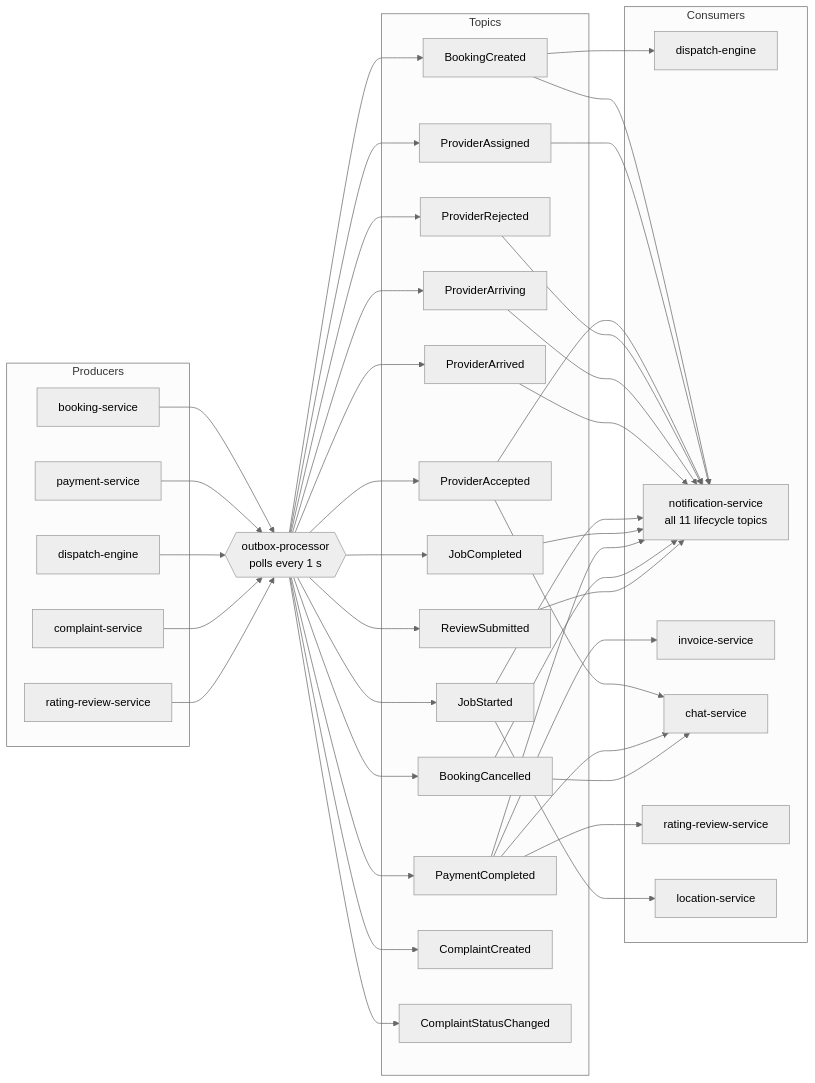
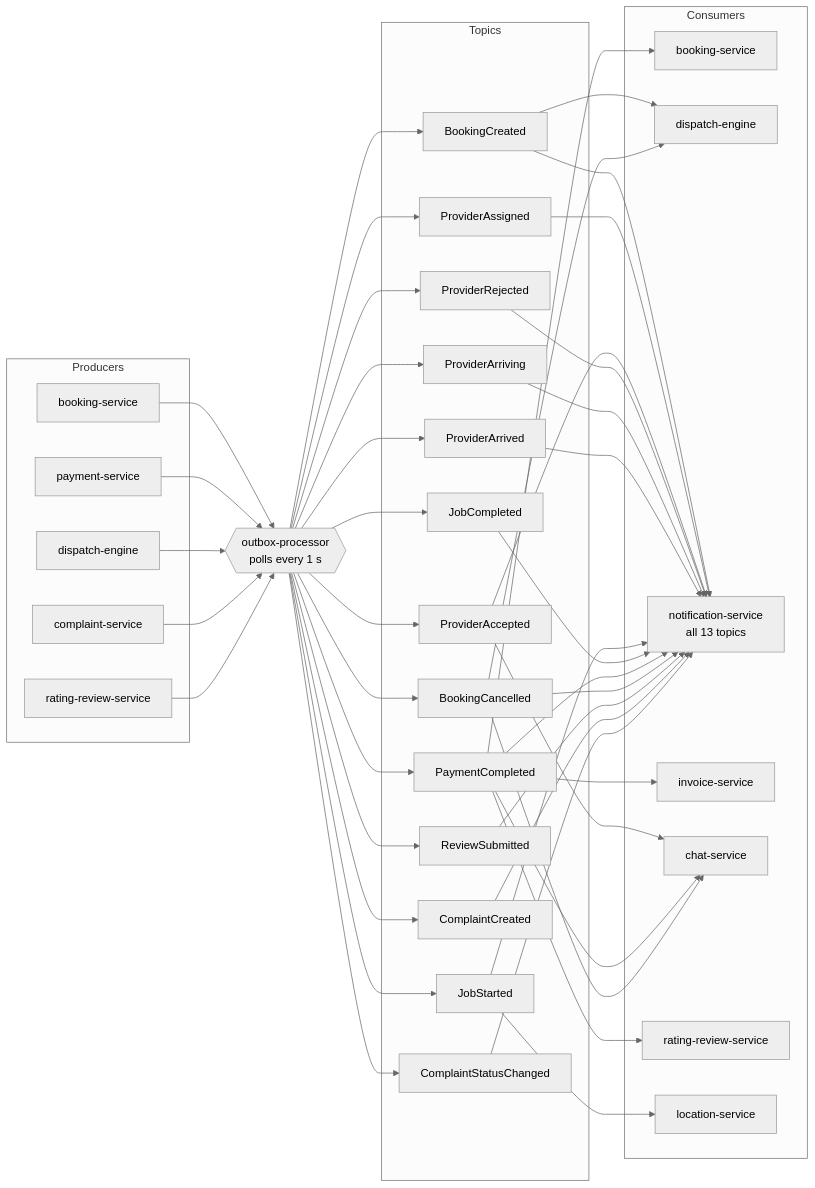
Diagram 13 of 28 in docs/ARCHITECTURE.md (KripaGIT009/home-fix), drawn with Mermaid (neutral theme) before and after one commit. The commit also changed other lines of this file and 7 other files, not shown here.

````diff
--- a/docs/ARCHITECTURE.md
+++ b/docs/ARCHITECTURE.md
@@ -515,55 +591,58 @@
 ```mermaid
 graph LR
     subgraph Producers
         BOOK["booking-service"]
         PAY["payment-service"]
         DISP["dispatch-engine"]
         CMPL["complaint-service"]
         RATE["rating-review-service"]
     end
 
     OUT{{"outbox-processor<br/>polls every 1 s"}}
 
     subgraph Topics
         T1["BookingCreated"]
         T2["ProviderAssigned"]
         T3["ProviderAccepted"]
         T4["ProviderRejected"]
         T5["ProviderArriving"]
         T6["ProviderArrived"]
         T7["JobStarted"]
         T8["JobCompleted"]
         T9["PaymentCompleted"]
         T10["BookingCancelled"]
         T11["ReviewSubmitted"]
         T12["ComplaintCreated"]
         T13["ComplaintStatusChanged"]
     end
 
     subgraph Consumers
+        CBOOK["booking-service"]
         CDISP["dispatch-engine"]
-        CNOTIF["notification-service<br/>all 11 lifecycle topics"]
+        CNOTIF["notification-service<br/>all 13 topics"]
         CINV["invoice-service"]
         CCHAT["chat-service"]
         CRATE["rating-review-service"]
         CLOC["location-service"]
     end
 
     BOOK --> OUT
     PAY --> OUT
     DISP --> OUT
     CMPL --> OUT
     RATE --> OUT
 
     OUT --> T1 & T2 & T3 & T4 & T5 & T6 & T7 & T8 & T9 & T10 & T11
     OUT --> T12 & T13
 
     T1 --> CDISP
+    T10 --> CDISP
     T3 --> CCHAT
+    T9 --> CBOOK
     T9 --> CINV
     T9 --> CRATE
     T9 --> CCHAT
     T10 --> CCHAT
     T7 --> CLOC
-    T1 & T2 & T3 & T4 & T5 & T6 & T7 & T8 & T9 & T10 & T11 --> CNOTIF
+    T1 & T2 & T3 & T4 & T5 & T6 & T7 & T8 & T9 & T10 & T11 & T12 & T13 --> CNOTIF
 ```
````
